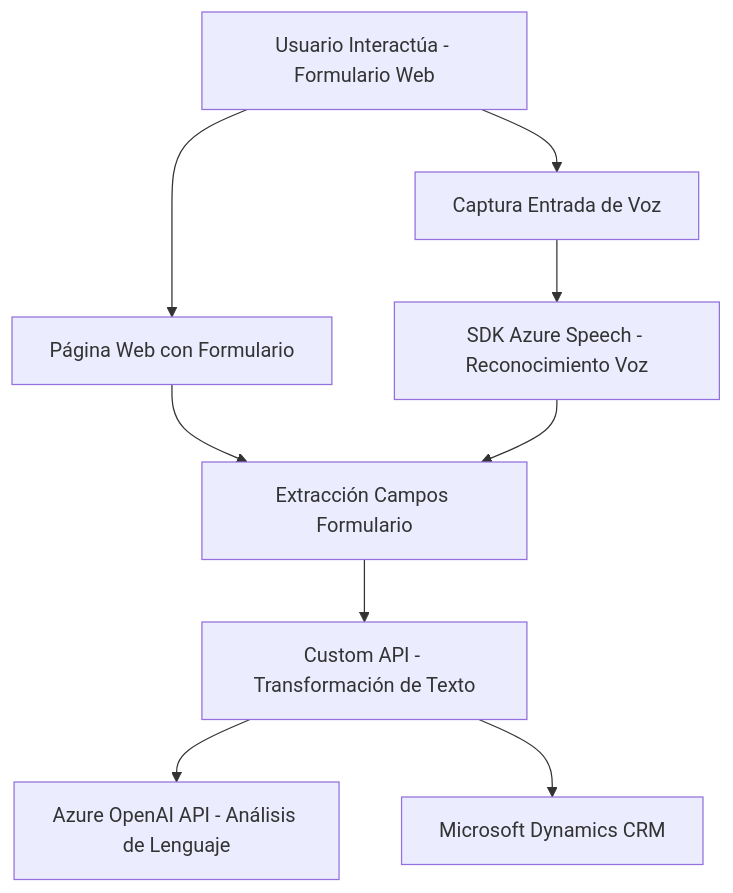
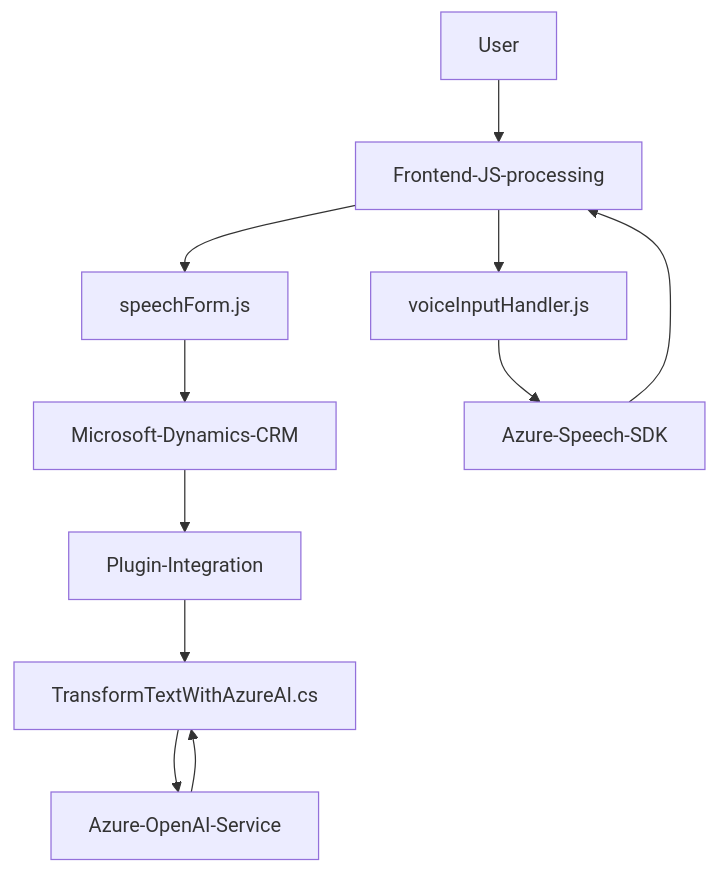
Before and after one commit to blopezdm/NETCORE_BILBAO2025: the diagram in README.md, drawn with Mermaid. The commit also changed other lines of this file, not shown here.

Commit message:
Actualizar análisis global de la solución con IA

````diff
--- a/README.md
+++ b/README.md
@@ -48,16 +35,16 @@
 ```mermaid
 graph TD
-    A["Usuario Interactúa - Formulario Web"]
-    B["Captura Entrada de Voz"]
-    C["Extracción Campos Formulario"]
-    D["SDK Azure Speech - Reconocimiento Voz"]
-    E["Página Web con Formulario"]
-    F["Custom API - Transformación de Texto"]
-    G["Azure OpenAI API - Análisis de Lenguaje"]
-    H["Microsoft Dynamics CRM"]
+    A["Frontend-JS-processing"]
+    B["voiceInputHandler.js"]
+    C["speechForm.js"]
+    D["Microsoft-Dynamics-CRM"]
+    E["Plugin-Integration"]
+    F["TransformTextWithAzureAI.cs"]
+    G["Azure-Speech-SDK"]
+    H["Azure-OpenAI-Service"]
+    I["User"]
 
-    A --> E --> C
-    A --> B --> D --> C
-    C --> F --> G
-    F --> H
+    I --> A --> B --> G --> A
+    A --> C --> D --> E
+    E --> F --> H --> F
 ```
````
